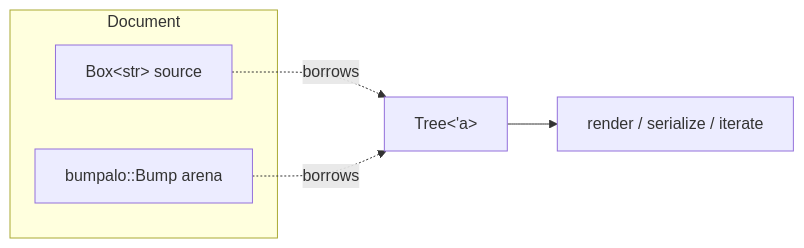
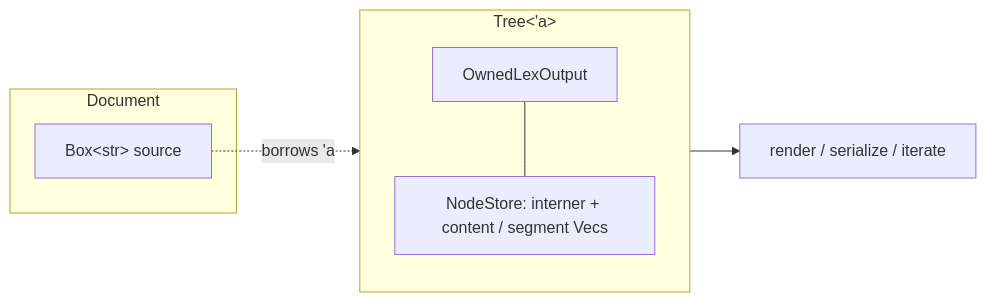
One commit to P4suta/aozora changed the diagram in crates/aozora-book/src/arch/arena.md. Above: the diagram before and after it, drawn with Mermaid. The commit also changed other lines of this file and 26 other files, not shown here.

````diff
--- a/crates/aozora-book/src/arch/arena.md
+++ b/crates/aozora-book/src/arch/arena.md
@@ -10,13 +17,15 @@
 ```mermaid
 flowchart LR
     subgraph Document
         src["Box&lt;str&gt; source"]
-        bump["bumpalo::Bump arena"]
     end
-    tree["Tree&lt;'a&gt;"]
+    subgraph Tree["Tree&lt;'a&gt;"]
+        out["OwnedLexOutput"]
+        store["NodeStore: interner + content / segment Vecs"]
+        out --- store
+    end
     walk["render / serialize / iterate"]
 
-    src -.borrows.-> tree
-    bump -.borrows.-> tree
-    tree --> walk
+    src -.borrows 'a.-> Tree
+    Tree --> walk
 ```
````
